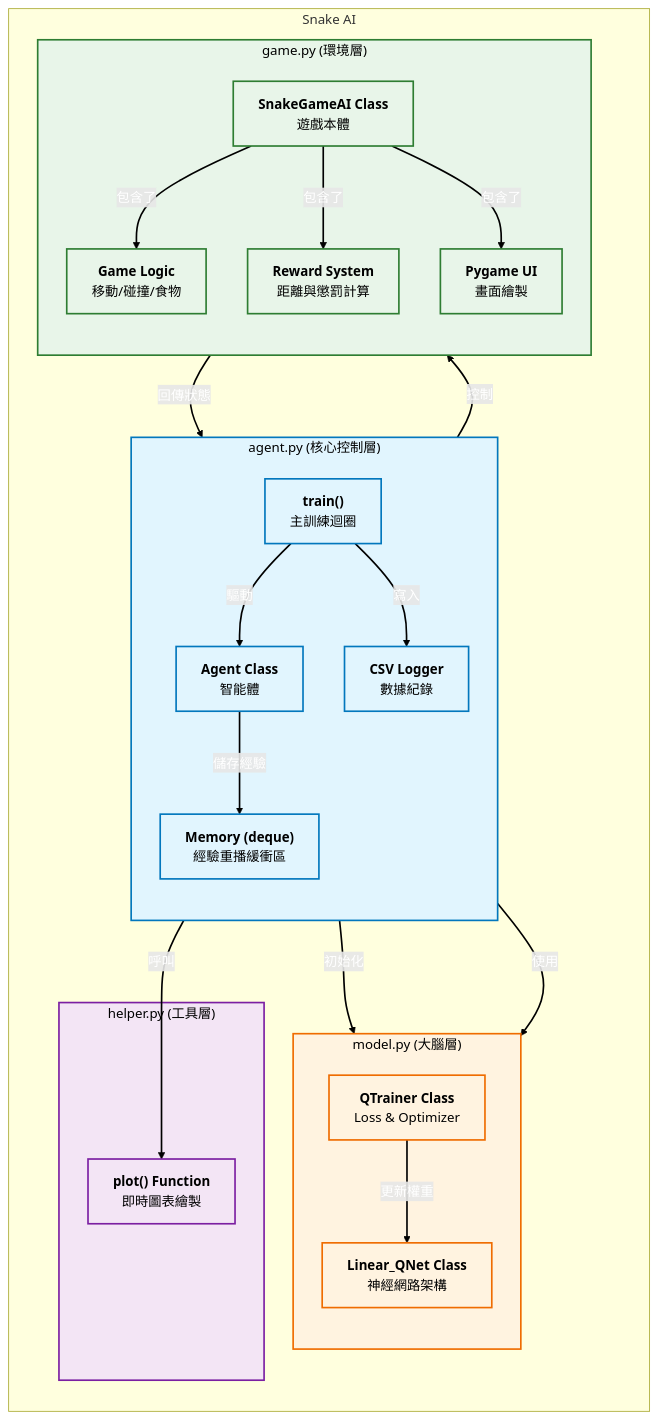
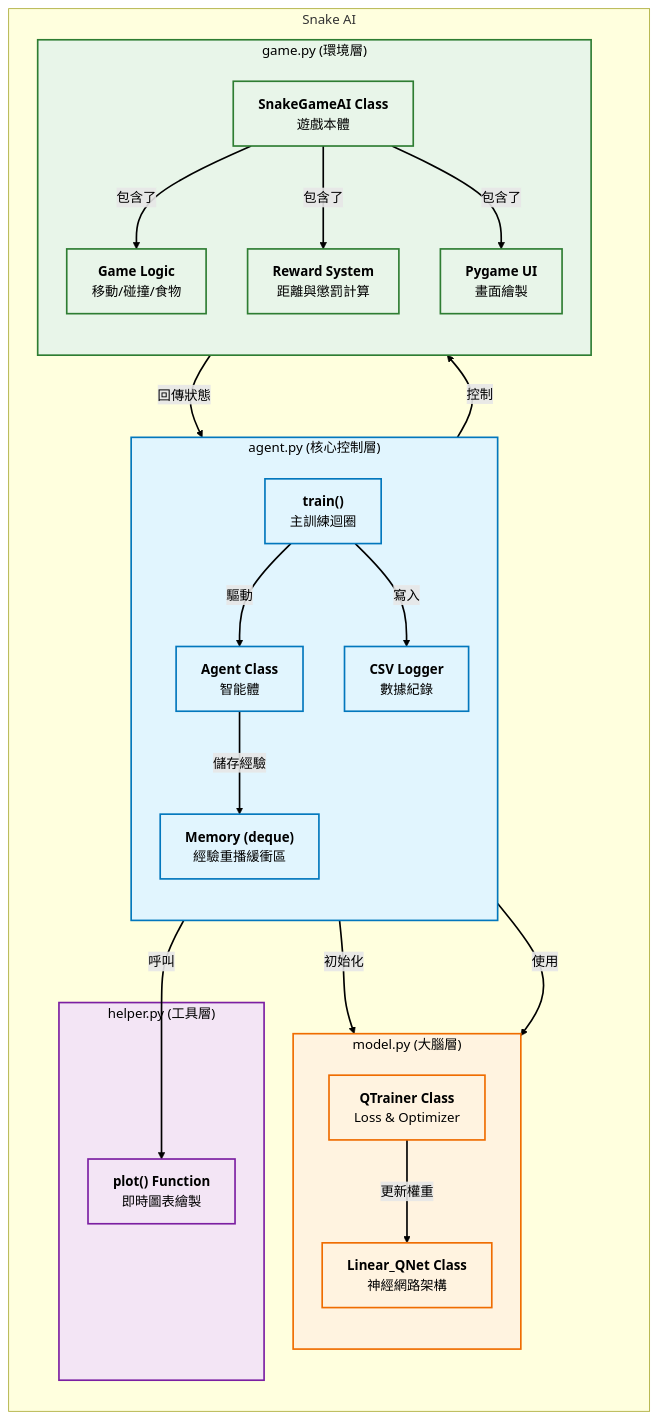
Before and after one commit to CCH147/ML_final_project: the diagram in README.md, drawn with Mermaid. The commit also changed other lines of this file and 7 other files, not shown here.

````diff
--- a/README.md
+++ b/README.md
@@ -17,71 +17,71 @@
 ```mermaid
 graph TD
     %% 定義樣式 (節點樣式)
     classDef file fill:#f9f9f9,stroke:#333,stroke-width:2px,color:#000;
     classDef core fill:#e1f5fe,stroke:#0277bd,stroke-width:2px,color:#000;
     classDef game fill:#e8f5e9,stroke:#2e7d32,stroke-width:2px,color:#000;
     classDef model fill:#fff3e0,stroke:#ef6c00,stroke-width:2px,color:#000;
     classDef util fill:#f3e5f5,stroke:#7b1fa2,stroke-width:2px,color:#000;
 
     subgraph Project ["Snake AI"]
         direction TB
         
         %% Agent 模組
         subgraph AgentFile ["agent.py (核心控制層)"]
             direction TB
             Agent["<b>Agent Class</b><br/>智能體"]
             Mem["<b>Memory (deque)</b><br/>經驗重播緩衝區"]
             MainLoop["<b>train()</b><br/>主訓練迴圈"]
             CSVLog["<b>CSV Logger</b><br/>數據紀錄"]
         end
         
         %% Game 模組
         subgraph GameFile ["game.py (環境層)"]
             direction TB
             Game["<b>SnakeGameAI Class</b><br/>遊戲本體"]
             UI["<b>Pygame UI</b><br/>畫面繪製"]
             Logic["<b>Game Logic</b><br/>移動/碰撞/食物"]
             Reward["<b>Reward System</b><br/>距離與懲罰計算"]
         end
 
         %% Model 模組
         subgraph ModelFile ["model.py (大腦層)"]
             direction TB
             QNet["<b>Linear_QNet Class</b><br/>神經網路架構"]
             Trainer["<b>QTrainer Class</b><br/>Loss & Optimizer"]
         end
 
         %% Helper 模組
         subgraph HelperFile ["helper.py (工具層)"]
             Plot["<b>plot() Function</b><br/>即時圖表繪製"]
         end
     end
 
     %% 關係連線 (重點修復：所有標籤都加上雙引號)
     Agent -->|"控制 "| Game
     Agent -->|"初始化 "| QNet
     Agent -->|"使用 "| Trainer
     Agent -->|"儲存經驗 "| Mem
     Agent -->|"呼叫 "| Plot
     
     MainLoop -->|"驅動 "| Agent
     MainLoop -->|"寫入 "| CSVLog
     
     Game -->|"回傳狀態 "| Agent
     Game -->|"包含了 "| Logic
     Game -->|"包含了 "| Reward
     Game -->|"包含了 "| UI
     
     Trainer -->|"更新權重 "| QNet
     
     %% 套用樣式 (節點分類)
     class AgentFile,Agent,Mem,MainLoop,CSVLog core;
     class GameFile,Game,UI,Logic,Reward game;
     class ModelFile,QNet,Trainer model;
     class HelperFile,Plot util;
 
     %% stroke: 線條顏色 (設為純黑 #000000)
     %% stroke-width: 線條粗細 (設為 2px，加粗才看得清楚)
     %% color: 文字標籤顏色 (設為純黑)
-    linkStyle default stroke:#000000,stroke-width:2px,color:white;
+    linkStyle default stroke:#000000,stroke-width:2px,color:black;
 ```
````
